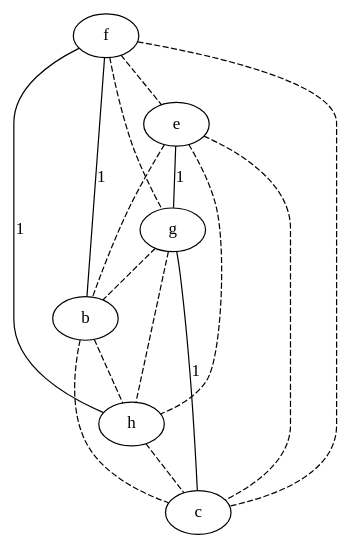
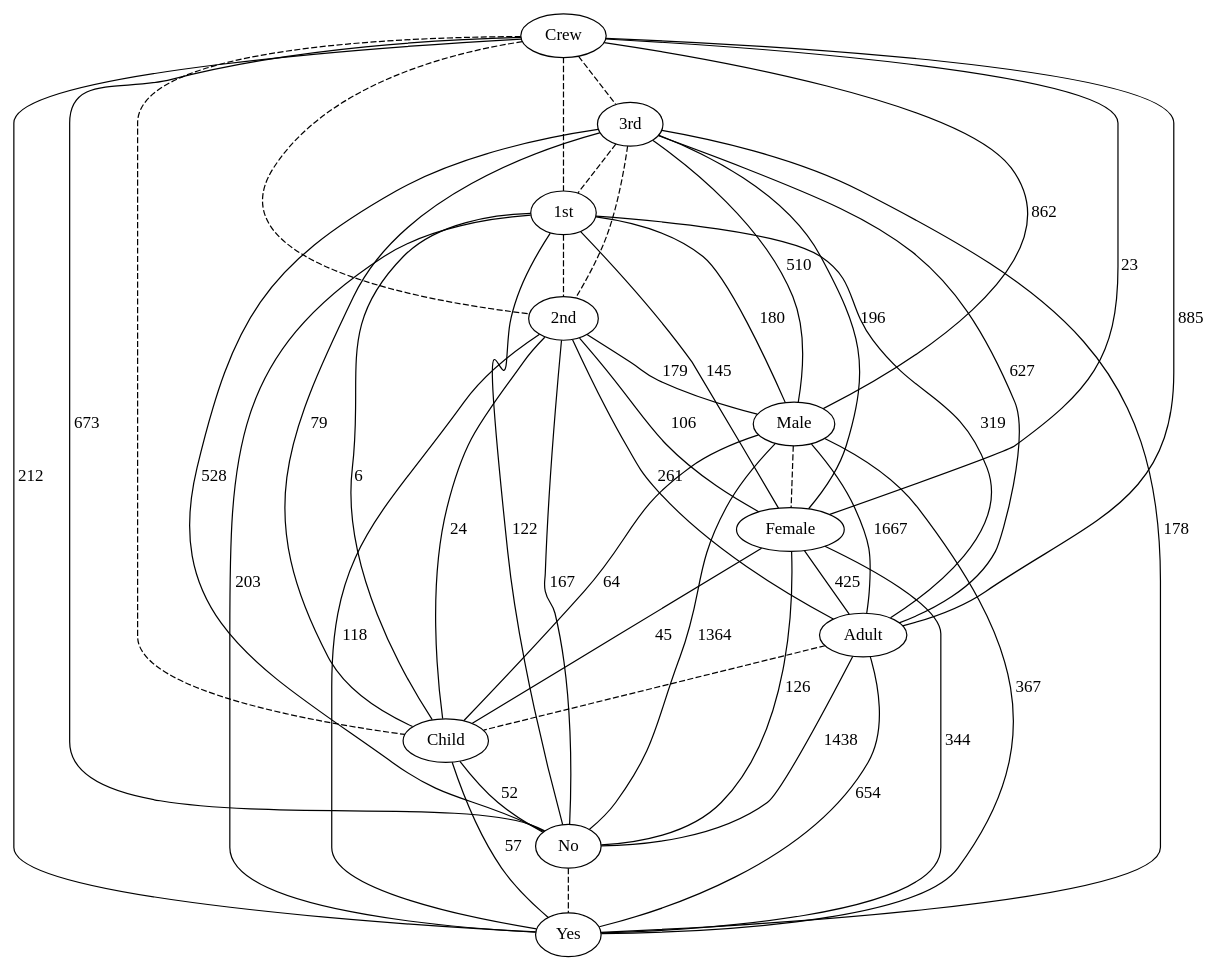
The diagram in src/final/plainGraph.dot (lrodrin/TFG), drawn with Graphviz before and after one commit. The commit also changed 15 other files, not shown here.

```diff
--- a/src/final/plainGraph.dot
+++ b/src/final/plainGraph.dot
@@ -1,23 +1,57 @@
 strict graph "" {
-f;
-e;
-g;
-b;
-h;
-c;
-f -- e  [color=black, style=dashed];
-f -- g  [color=black, style=dashed];
-f -- b  [color=black, label=1, style=solid];
-f -- h  [color=black, label=1, style=solid];
-f -- c  [color=black, style=dashed];
-e -- g  [color=black, label=1, style=solid];
-e -- b  [color=black, style=dashed];
-e -- h  [color=black, style=dashed];
-e -- c  [color=black, style=dashed];
-g -- b  [color=black, style=dashed];
-g -- h  [color=black, style=dashed];
-g -- c  [color=black, label=1, style=solid];
-b -- h  [color=black, style=dashed];
-b -- c  [color=black, style=dashed];
-h -- c  [color=black, style=dashed];
+Crew;
+"3rd";
+"1st";
+"2nd";
+Male;
+Female;
+Adult;
+Child;
+No;
+Yes;
+Crew -- "3rd"  [color=black, style=dashed];
+Crew -- "1st"  [color=black, style=dashed];
+Crew -- "2nd"  [color=black, style=dashed];
+Crew -- Male  [color=black, label=862, style=solid];
+Crew -- Female  [color=black, label=23, style=solid];
+Crew -- Adult  [color=black, label=885, style=solid];
+Crew -- Child  [color=black, style=dashed];
+Crew -- No  [color=black, label=673, style=solid];
+Crew -- Yes  [color=black, label=212, style=solid];
+"3rd" -- "1st"  [color=black, style=dashed];
+"3rd" -- "2nd"  [color=black, style=dashed];
+"3rd" -- Male  [color=black, label=510, style=solid];
+"3rd" -- Female  [color=black, label=196, style=solid];
+"3rd" -- Adult  [color=black, label=627, style=solid];
+"3rd" -- Child  [color=black, label=79, style=solid];
+"3rd" -- No  [color=black, label=528, style=solid];
+"3rd" -- Yes  [color=black, label=178, style=solid];
+"1st" -- "2nd"  [color=black, style=dashed];
+"1st" -- Male  [color=black, label=180, style=solid];
+"1st" -- Female  [color=black, label=145, style=solid];
+"1st" -- Adult  [color=black, label=319, style=solid];
+"1st" -- Child  [color=black, label=6, style=solid];
+"1st" -- No  [color=black, label=122, style=solid];
+"1st" -- Yes  [color=black, label=203, style=solid];
+"2nd" -- Male  [color=black, label=179, style=solid];
+"2nd" -- Female  [color=black, label=106, style=solid];
+"2nd" -- Adult  [color=black, label=261, style=solid];
+"2nd" -- Child  [color=black, label=24, style=solid];
+"2nd" -- No  [color=black, label=167, style=solid];
+"2nd" -- Yes  [color=black, label=118, style=solid];
+Male -- Female  [color=black, style=dashed];
+Male -- Adult  [color=black, label=1667, style=solid];
+Male -- Child  [color=black, label=64, style=solid];
+Male -- No  [color=black, label=1364, style=solid];
+Male -- Yes  [color=black, label=367, style=solid];
+Female -- Adult  [color=black, label=425, style=solid];
+Female -- Child  [color=black, label=45, style=solid];
+Female -- No  [color=black, label=126, style=solid];
+Female -- Yes  [color=black, label=344, style=solid];
+Adult -- Child  [color=black, style=dashed];
+Adult -- No  [color=black, label=1438, style=solid];
+Adult -- Yes  [color=black, label=654, style=solid];
+Child -- No  [color=black, label=52, style=solid];
+Child -- Yes  [color=black, label=57, style=solid];
+No -- Yes  [color=black, style=dashed];
 }
```
